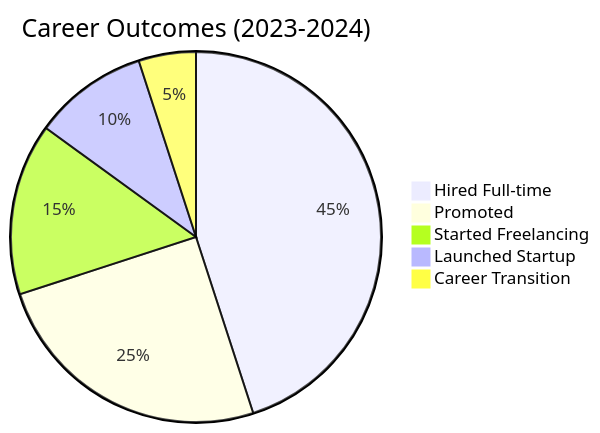
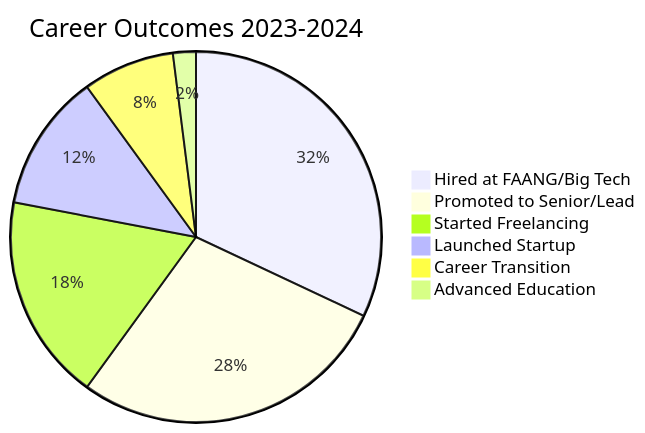
Before and after one commit to mentech93/mentech93: diagram 17 of 19 in README.md, drawn with Mermaid. The commit also changed other lines of this file, not shown here.

````diff
--- a/README.md
+++ b/README.md
@@ -628,8 +884,9 @@
 ```mermaid
-pie title Career Outcomes (2023-2024)
-    "Hired Full-time" : 45
-    "Promoted" : 25
-    "Started Freelancing" : 15
-    "Launched Startup" : 10
-    "Career Transition" : 5
+pie title Career Outcomes 2023-2024
+    "Hired at FAANG/Big Tech" : 32
+    "Promoted to Senior/Lead" : 28
+    "Started Freelancing" : 18
+    "Launched Startup" : 12
+    "Career Transition" : 8
+    "Advanced Education" : 2
 ```
````
